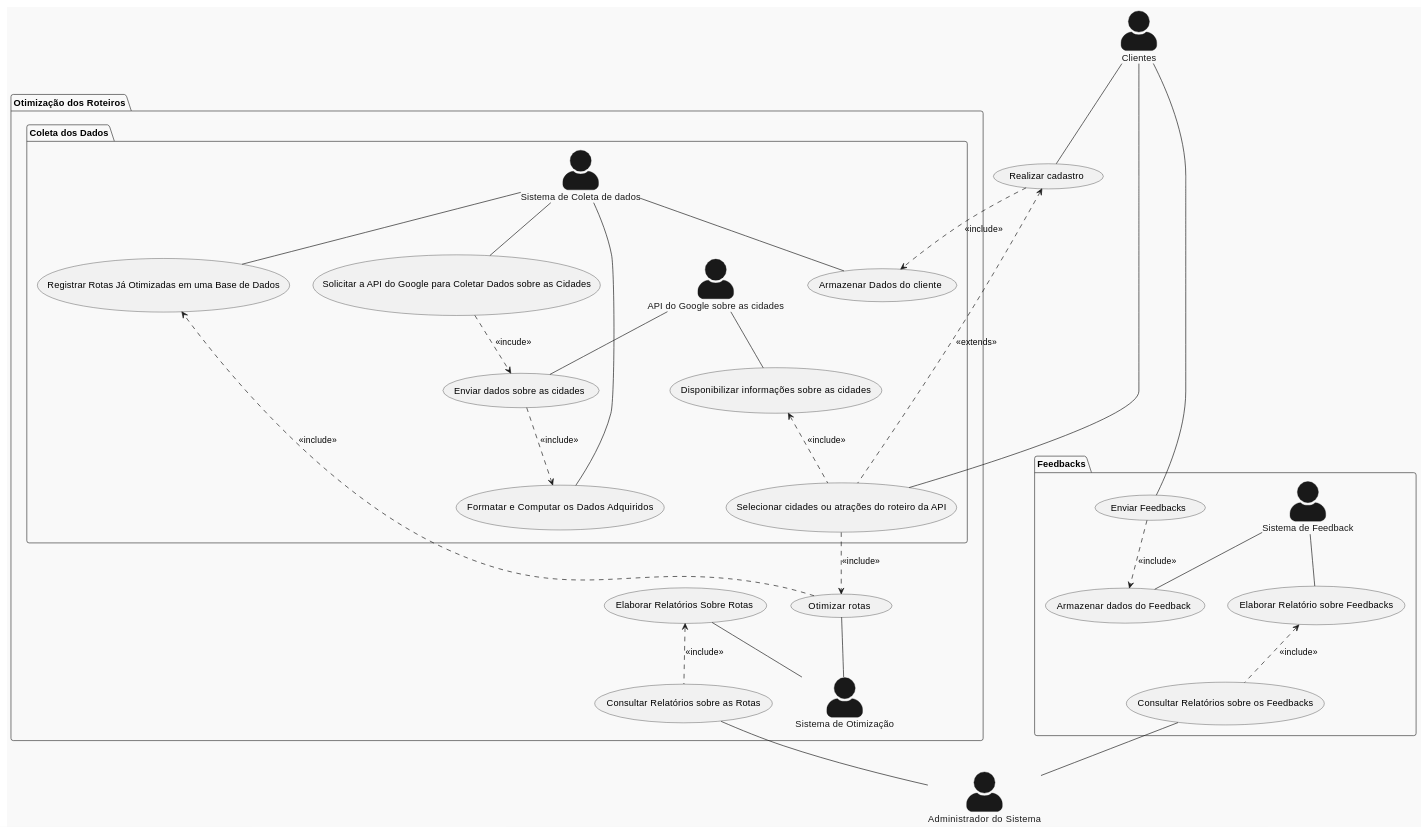
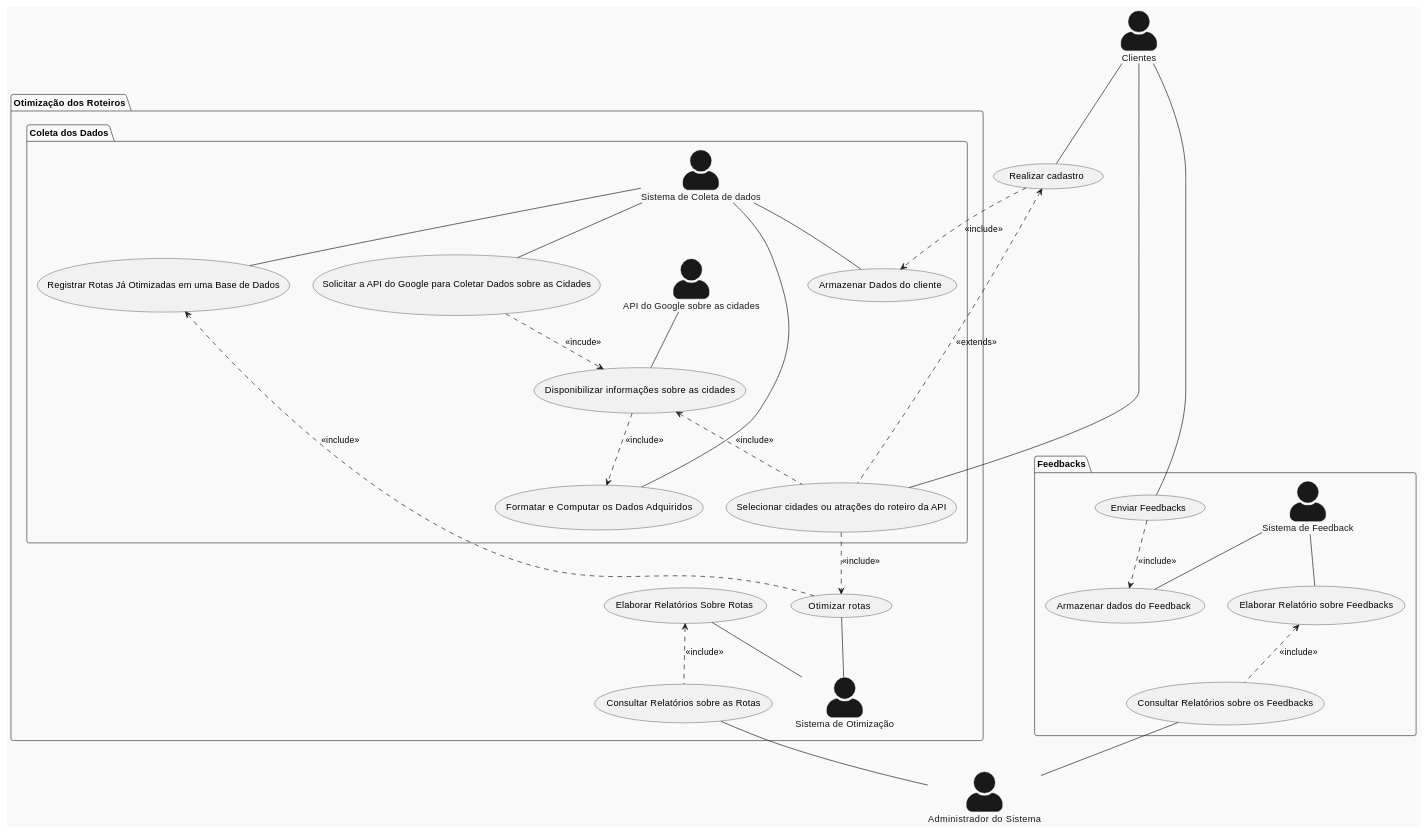
The diagram in Relatório/Semana-1/Diagramas/DCU.md (pedrodilallo/site_turismo_SIG), drawn with PlantUML before and after one commit. The commit also changed 3 other files, not shown here.

```diff
--- a/Relatório/Semana-1/Diagramas/DCU.md
+++ b/Relatório/Semana-1/Diagramas/DCU.md
@@ -1,78 +1,76 @@
 @startuml
 skinparam actorStyle awesome
 !theme mars
 
 actor "Clientes" as cliente
 actor "Administrador do Sistema" as sys_admin
 
 cliente -- (Realizar cadastro)
 
 
 
 
 package "Otimização dos Roteiros"{
 actor "Sistema de Otimização" as  otimizador
 
 
 (Otimizar rotas) -- otimizador 
 
 
     package "Coleta dos Dados"{
         actor "Sistema de Coleta de dados" as coletador
         actor "API do Google sobre as cidades" as API   
 
         cliente -- (Selecionar cidades ou atrações do roteiro da API)
         
         (Selecionar cidades ou atrações do roteiro da API) ..> (Otimizar rotas): <<include>>
 
-        (Solicitar a API do Google para Coletar Dados sobre as Cidades) ..> (Enviar dados sobre as cidades) : <<incude>>
+        (Solicitar a API do Google para Coletar Dados sobre as Cidades) ..> (Disponibilizar informações sobre as cidades) : <<incude>>
         coletador -- (Solicitar a API do Google para Coletar Dados sobre as Cidades)
         coletador -- (Registrar Rotas Já Otimizadas em uma Base de Dados)
         coletador -- (Formatar e Computar os Dados Adquiridos)
-        API -- (Enviar dados sobre as cidades)
         API -- (Disponibilizar informações sobre as cidades)
         (Disponibilizar informações sobre as cidades) <.. (Selecionar cidades ou atrações do roteiro da API) : <<include>>
         (Otimizar rotas) ..> (Registrar Rotas Já Otimizadas em uma Base de Dados) : <<include>>
-
+        (Disponibilizar informações sobre as cidades) ..> (Formatar e Computar os Dados Adquiridos):<<include>>
         (Realizar cadastro) ..> (Armazenar Dados do cliente): <<include>>
 
         coletador -- (Armazenar Dados do cliente)
 
 
 
     }
 
 
 (Elaborar Relatórios Sobre Rotas) <.. (Consultar Relatórios sobre as Rotas): <<include>> 
 (Elaborar Relatórios Sobre Rotas) -- otimizador
 
 }
 
 
 
 (Consultar Relatórios sobre as Rotas) -- sys_admin
 
 
 
 
 (Realizar cadastro) <.. (Selecionar cidades ou atrações do roteiro da API) : <<extends>>
-(Enviar dados sobre as cidades) ..> (Formatar e Computar os Dados Adquiridos) : <<include>>
 
 
 package "Feedbacks"{
 actor "Sistema de Feedback" as feedback
 
 (Enviar Feedbacks) ..> (Armazenar dados do Feedback) : <<include>>
 (Elaborar Relatório sobre Feedbacks) <.. (Consultar Relatórios sobre os Feedbacks) : <<include>>
 cliente -- (Enviar Feedbacks)
 feedback -- (Armazenar dados do Feedback)
 (Consultar Relatórios sobre os Feedbacks) -- sys_admin
 feedback -- (Elaborar Relatório sobre Feedbacks)
 
 
 
 }
 
 
 
 @enduml
```
